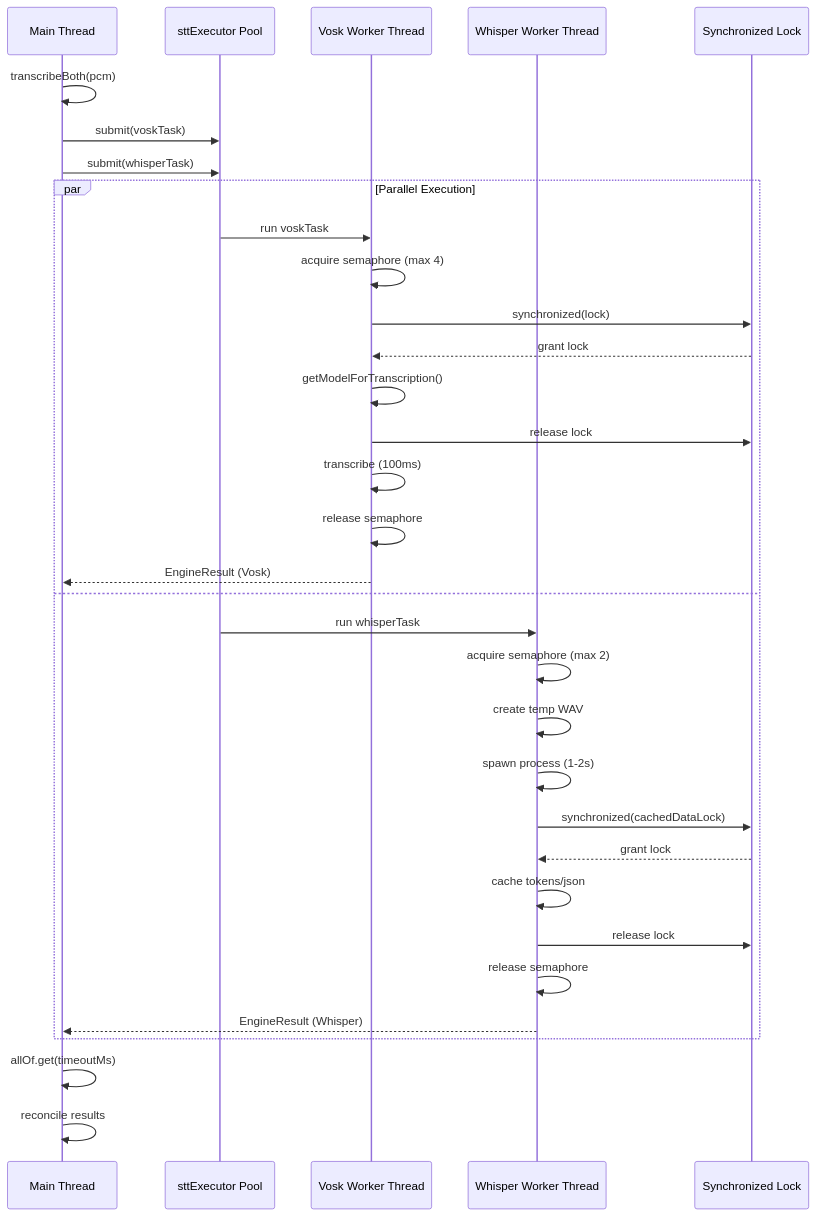
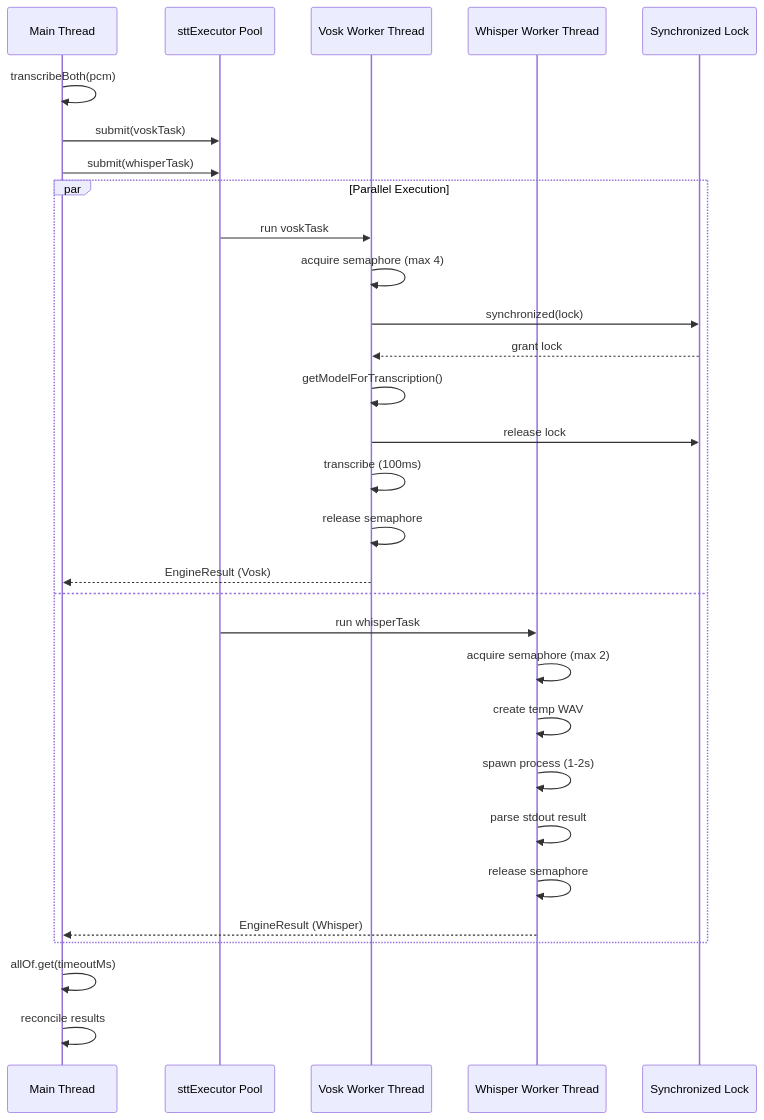
The second of 15 diagrams in docs/diagrams/thread-model-concurrency.md (phillippitts/speakToMack), drawn with Mermaid before and after one commit. The commit also changed other lines of this file and 499 other files, not shown here.

````diff
--- a/docs/diagrams/thread-model-concurrency.md
+++ b/docs/diagrams/thread-model-concurrency.md
@@ -60,38 +60,35 @@
 ```mermaid
 sequenceDiagram
     participant Main as Main Thread
     participant Executor as sttExecutor Pool
     participant VoskWorker as Vosk Worker Thread
     participant WhisperWorker as Whisper Worker Thread
     participant Lock as Synchronized Lock
 
     Main->>Main: transcribeBoth(pcm)
     Main->>Executor: submit(voskTask)
     Main->>Executor: submit(whisperTask)
 
     par Parallel Execution
         Executor->>VoskWorker: run voskTask
         VoskWorker->>VoskWorker: acquire semaphore (max 4)
         VoskWorker->>Lock: synchronized(lock)
         Lock-->>VoskWorker: grant lock
         VoskWorker->>VoskWorker: getModelForTranscription()
         VoskWorker->>Lock: release lock
         VoskWorker->>VoskWorker: transcribe (100ms)
         VoskWorker->>VoskWorker: release semaphore
         VoskWorker-->>Main: EngineResult (Vosk)
     and
         Executor->>WhisperWorker: run whisperTask
         WhisperWorker->>WhisperWorker: acquire semaphore (max 2)
         WhisperWorker->>WhisperWorker: create temp WAV
         WhisperWorker->>WhisperWorker: spawn process (1-2s)
-        WhisperWorker->>Lock: synchronized(cachedDataLock)
-        Lock-->>WhisperWorker: grant lock
-        WhisperWorker->>WhisperWorker: cache tokens/json
-        WhisperWorker->>Lock: release lock
+        WhisperWorker->>WhisperWorker: parse stdout result
         WhisperWorker->>WhisperWorker: release semaphore
         WhisperWorker-->>Main: EngineResult (Whisper)
     end
 
     Main->>Main: allOf.get(timeoutMs)
     Main->>Main: reconcile results
 ```
````
